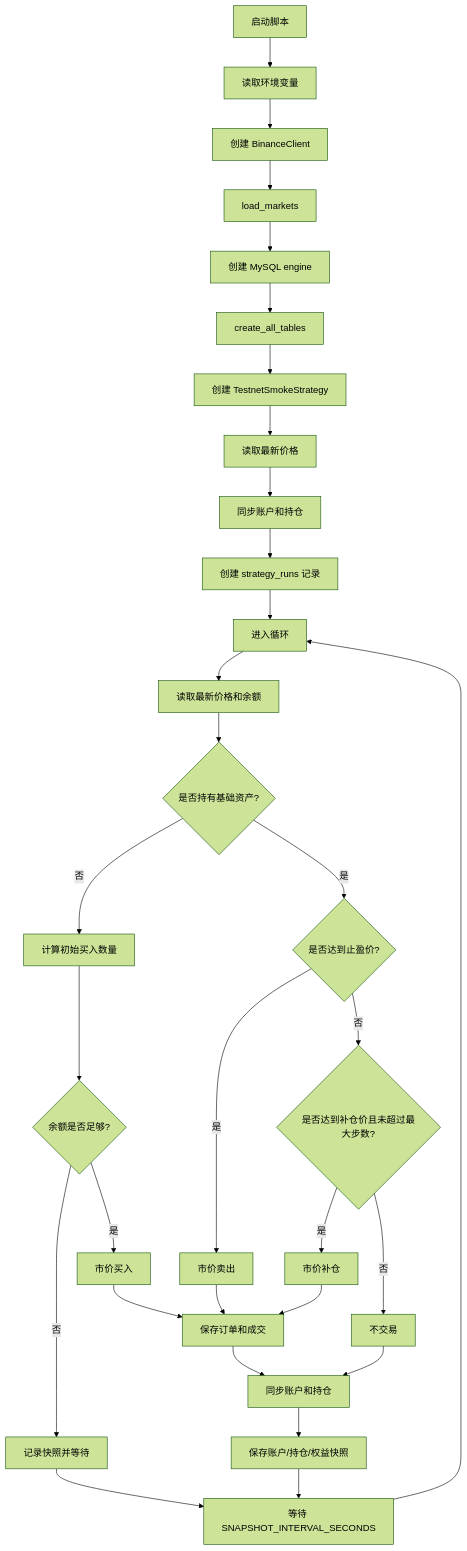
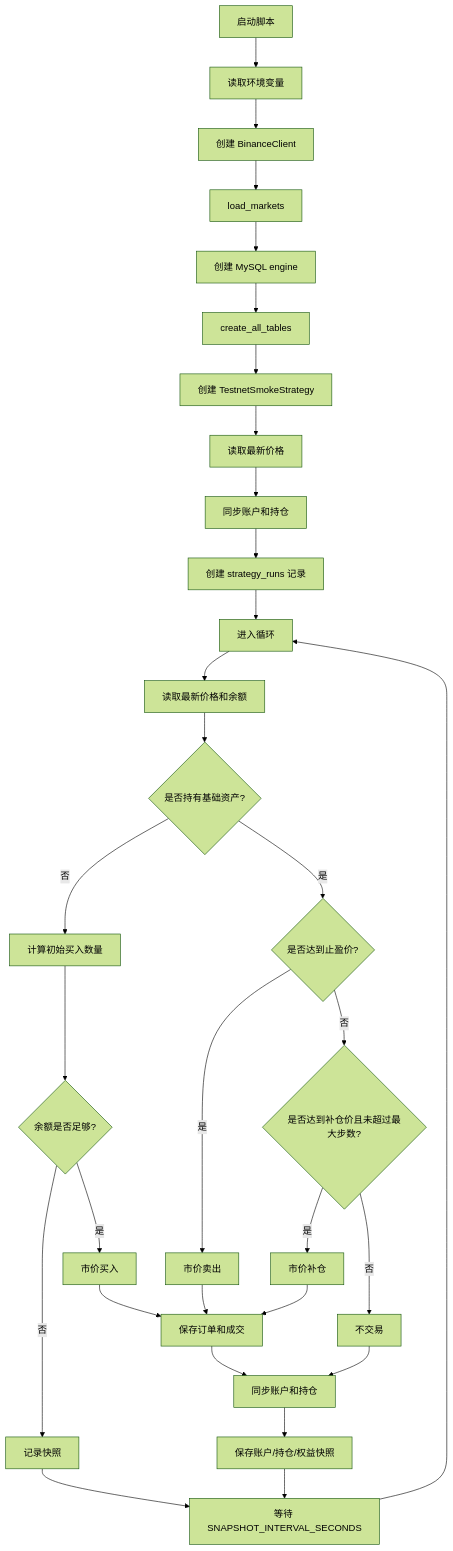
The diagram in real/run_testnet_smoke_strategy说明文档.md (jianglang740/crypto_quant_framework), drawn with Mermaid (forest theme) before and after one commit. The commit also changed other lines of this file and 3 other files, not shown here.

````diff
--- a/real/run_testnet_smoke_strategy说明文档.md
+++ b/real/run_testnet_smoke_strategy说明文档.md
@@ -163,33 +165,33 @@
 ```mermaid
 flowchart TD
     A[启动脚本] --> B[读取环境变量]
     B --> C[创建 BinanceClient]
     C --> D[load_markets]
     D --> E[创建 MySQL engine]
     E --> F[create_all_tables]
     F --> G[创建 TestnetSmokeStrategy]
     G --> H[读取最新价格]
     H --> I[同步账户和持仓]
     I --> J[创建 strategy_runs 记录]
     J --> K[进入循环]
     K --> L[读取最新价格和余额]
     L --> M{是否持有基础资产?}
     M -- 否 --> N[计算初始买入数量]
     N --> O{余额是否足够?}
-    O -- 否 --> P[记录快照并等待]
+    O -- 否 --> P[记录快照]
     O -- 是 --> Q[市价买入]
     M -- 是 --> R{是否达到止盈价?}
     R -- 是 --> S[市价卖出]
     R -- 否 --> T{是否达到补仓价且未超过最大步数?}
     T -- 是 --> U[市价补仓]
     T -- 否 --> V[不交易]
     Q --> W[保存订单和成交]
     S --> W
     U --> W
     V --> X[同步账户和持仓]
     W --> X
     X --> Y[保存账户/持仓/权益快照]
     Y --> Z[等待 SNAPSHOT_INTERVAL_SECONDS]
     Z --> K
     P --> Z
 ```
````
